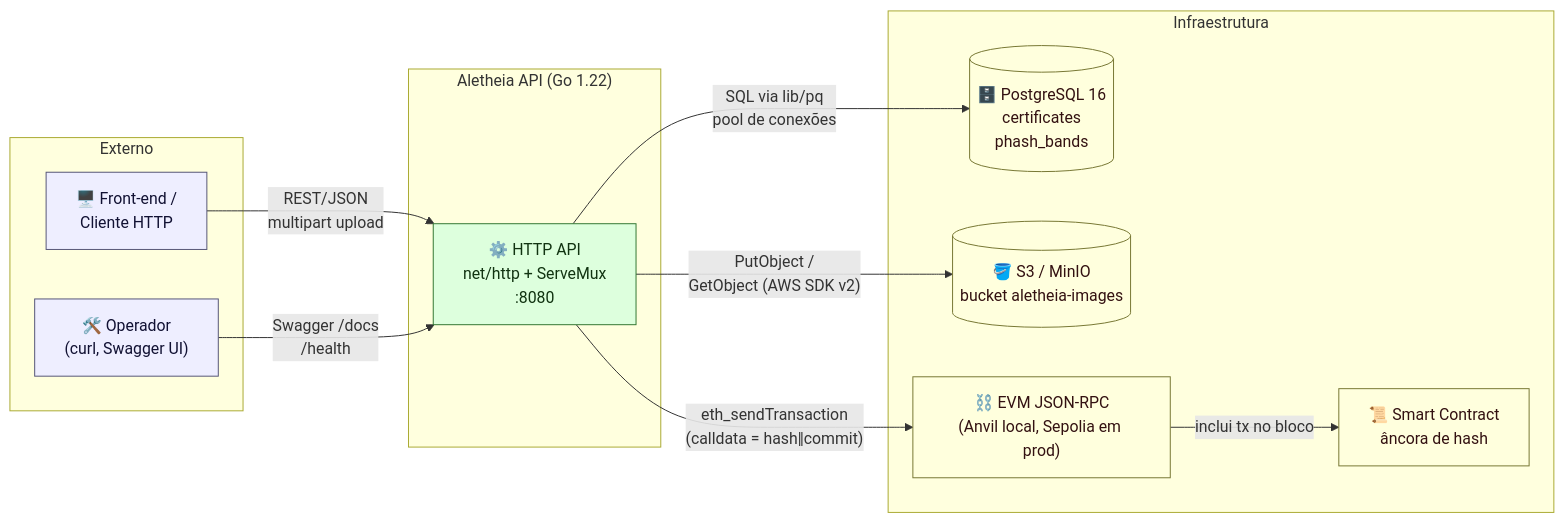
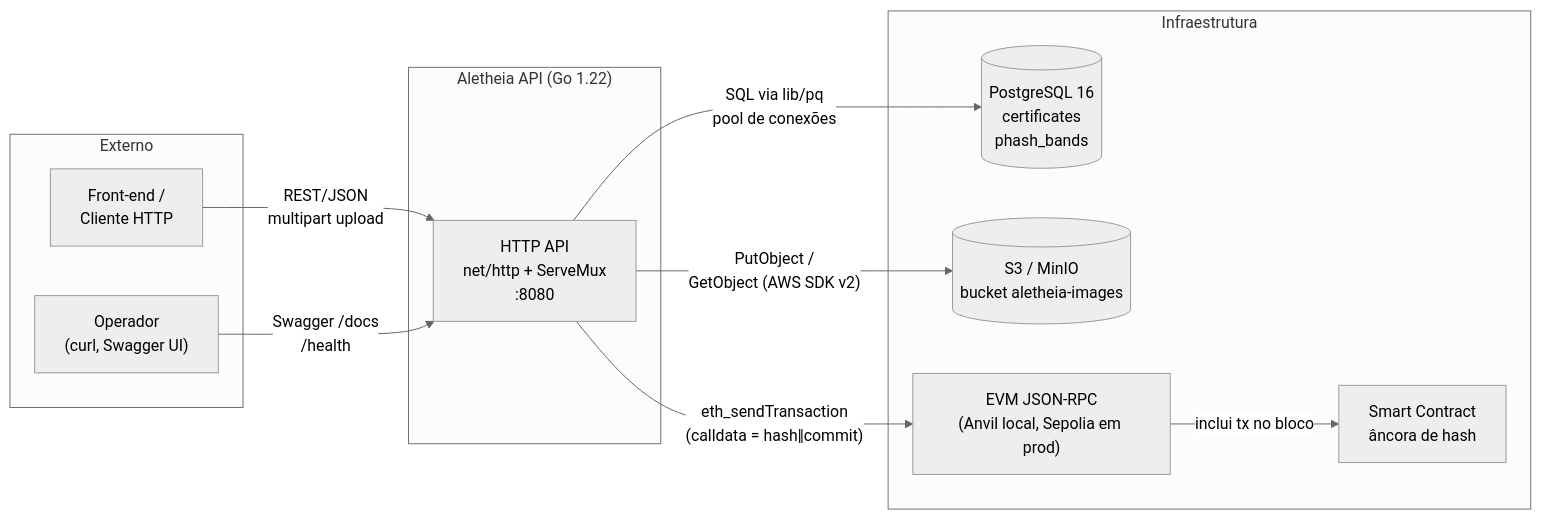
The first of 5 diagrams in docs/ARCHITECTURE.md (waizbart/aletheia-api), drawn with Mermaid before and after one commit. The commit also changed other lines of this file and 3 other files, not shown here.

First line of the commit message:
docs: rewrite README and clean diagrams

````diff
--- a/docs/ARCHITECTURE.md
+++ b/docs/ARCHITECTURE.md
@@ -11,34 +11,27 @@
 ```mermaid
-%%{init: {'theme': 'default'}}%%
+%%{init: {'theme': 'neutral'}}%%
 flowchart LR
     subgraph Externo
-        FE["🖥️ Front-end /<br/>Cliente HTTP"]
-        OP["🛠️ Operador<br/>(curl, Swagger UI)"]
+        FE["Front-end /<br/>Cliente HTTP"]
+        OP["Operador<br/>(curl, Swagger UI)"]
     end
 
     subgraph Aletheia["Aletheia API (Go 1.22)"]
-        API["⚙️ HTTP API<br/>net/http + ServeMux<br/>:8080"]
+        API["HTTP API<br/>net/http + ServeMux<br/>:8080"]
     end
 
     subgraph Infra["Infraestrutura"]
-        DB[("🗄️ PostgreSQL 16<br/>certificates<br/>phash_bands")]
-        S3[("🪣 S3 / MinIO<br/>bucket aletheia-images")]
-        CHAIN["⛓️ EVM JSON-RPC<br/>(Anvil local, Sepolia em prod)"]
-        SC["📜 Smart Contract<br/>âncora de hash"]
+        DB[("PostgreSQL 16<br/>certificates<br/>phash_bands")]
+        S3[("S3 / MinIO<br/>bucket aletheia-images")]
+        CHAIN["EVM JSON-RPC<br/>(Anvil local, Sepolia em prod)"]
+        SC["Smart Contract<br/>âncora de hash"]
     end
 
     FE -- "REST/JSON<br/>multipart upload" --> API
     OP -- "Swagger /docs<br/>/health" --> API
 
     API -- "SQL via lib/pq<br/>pool de conexões" --> DB
     API -- "PutObject /<br/>GetObject (AWS SDK v2)" --> S3
     API -- "eth_sendTransaction<br/>(calldata = hash‖commit)" --> CHAIN
     CHAIN -- "inclui tx no bloco" --> SC
-
-    classDef ext fill:#eef,stroke:#557,color:#113
-    classDef app fill:#dfd,stroke:#373,color:#131
-    classDef inf fill:#ffd,stroke:#773,color:#311
-    class FE,OP ext
-    class API app
-    class DB,S3,CHAIN,SC inf
 ```
````
